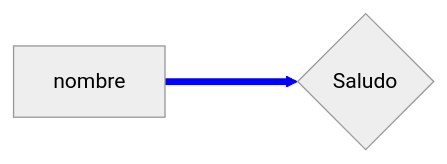
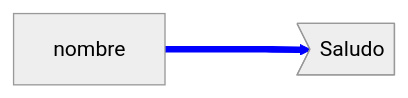
The first of 4 diagrams in chapter_03.qmd (lucio-cornejo/Mastering-Shiny_Book-Club), drawn with Mermaid (neutral theme) before and after one commit. The commit also changed other lines of this file and 12 other files, not shown here.

Commit message:
arreglar diagramas de sesión 2

````diff
--- a/chapter_03.qmd
+++ b/chapter_03.qmd
@@ -172,8 +172,6 @@
 ```{mermaid}
-%%| fig-height: 2
-
 flowchart LR
-  A[nombre] ===> B{Saludo}
+  A[nombre] ===> B>Saludo]
 
   linkStyle 0 stroke-width:5px, fill: green, stroke:blue;
 ```
````
